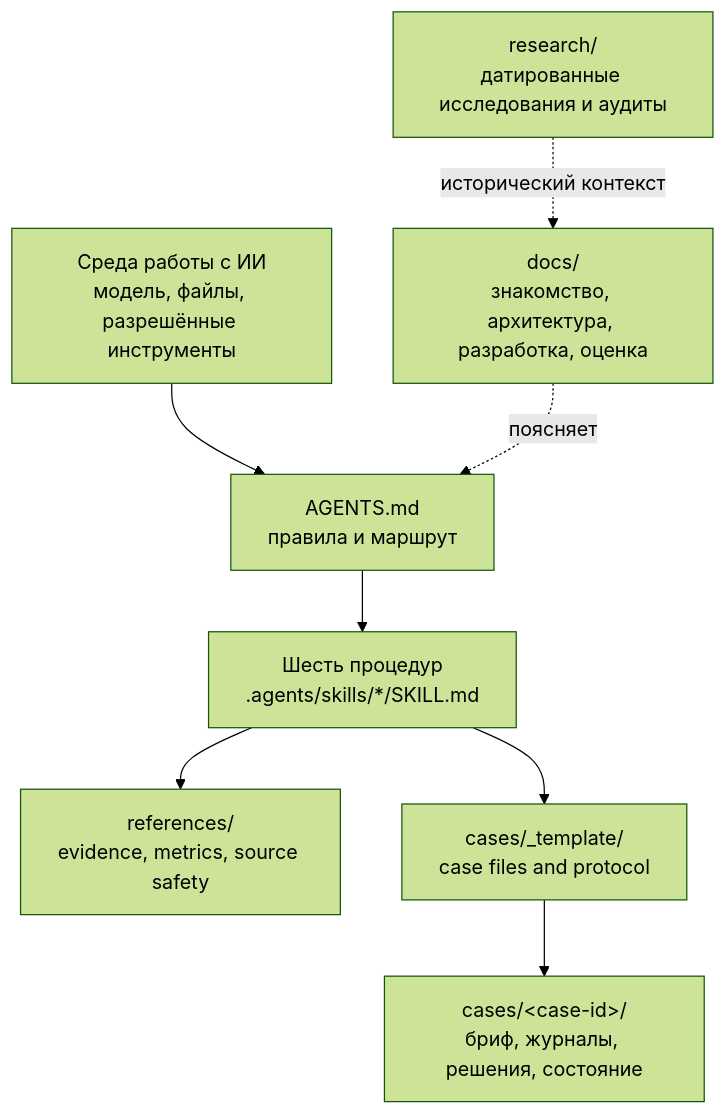
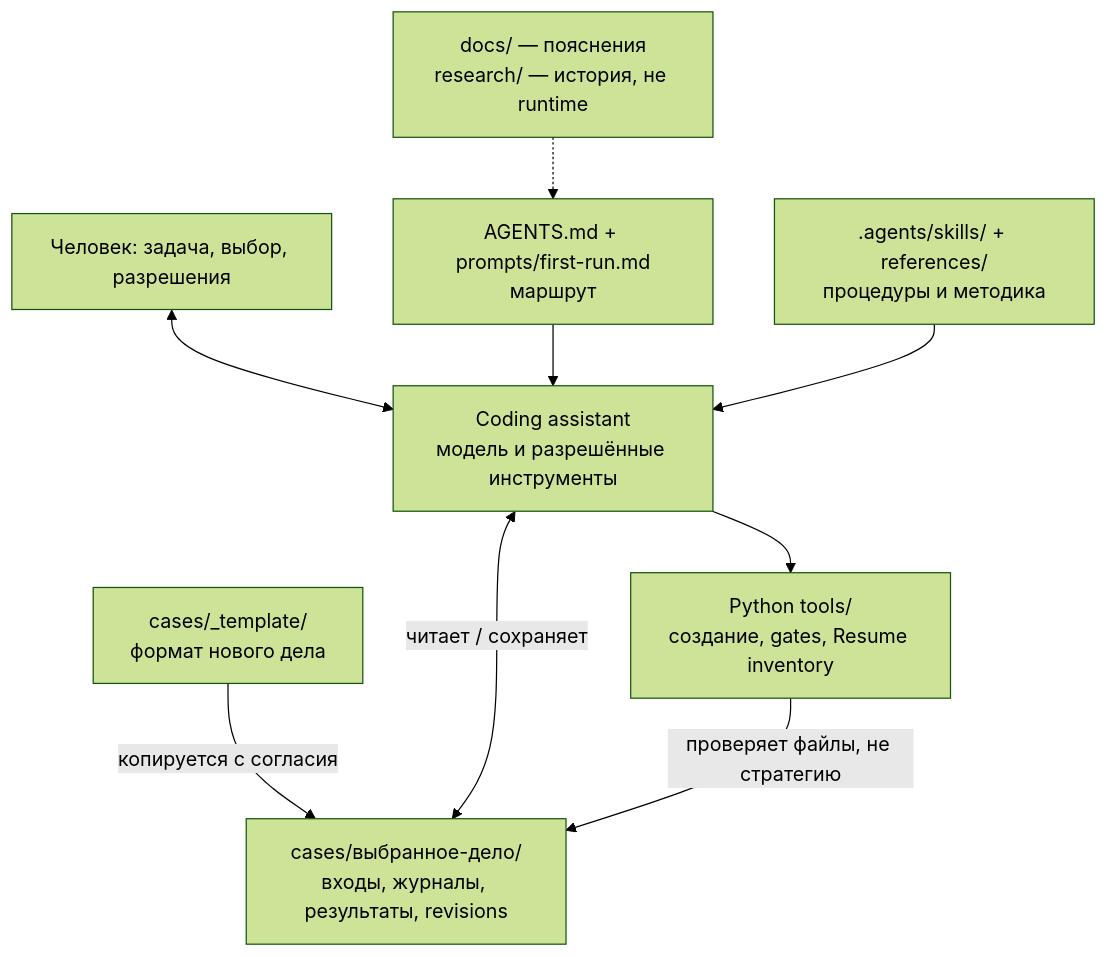
One commit to EdYaRdx/megafon_hack changed the diagram in docs/architecture.md. Above: the diagram before and after it, drawn with Mermaid (forest theme). The commit also changed other lines of this file and 14 other files, not shown here.

````diff
--- a/docs/architecture.md
+++ b/docs/architecture.md
@@ -11,10 +11,11 @@
 ```mermaid
 flowchart TB
-  H[Среда работы с ИИ<br/>модель, файлы, разрешённые инструменты] --> G[AGENTS.md<br/>правила и маршрут]
-  G --> S[Шесть процедур<br/>.agents/skills/*/SKILL.md]
-  S --> R[references/<br/>evidence, metrics, source safety]
-  S --> T[cases/_template/<br/>case files and protocol]
-  T --> C[cases/&lt;case-id&gt;/<br/>бриф, журналы, решения, состояние]
-  D[docs/<br/>знакомство, архитектура, разработка, оценка] -. поясняет .-> G
-  A[research/<br/>датированные исследования и аудиты] -. исторический контекст .-> D
+  P["Человек: задача, выбор, разрешения"] <--> H["Coding assistant<br/>модель и разрешённые инструменты"]
+  G["AGENTS.md + prompts/first-run.md<br/>маршрут"] --> H
+  S[".agents/skills/ + references/<br/>процедуры и методика"] --> H
+  T["cases/_template/<br/>формат нового дела"] -->|"копируется с согласия"| C["cases/выбранное-дело/<br/>входы, журналы, результаты, revisions"]
+  H <-->|"читает / сохраняет"| C
+  H --> V["Python tools/<br/>создание, gates, Resume inventory"]
+  V -->|"проверяет файлы, не стратегию"| C
+  D["docs/ — пояснения<br/>research/ — история, не runtime"] -.-> G
 ```
````
